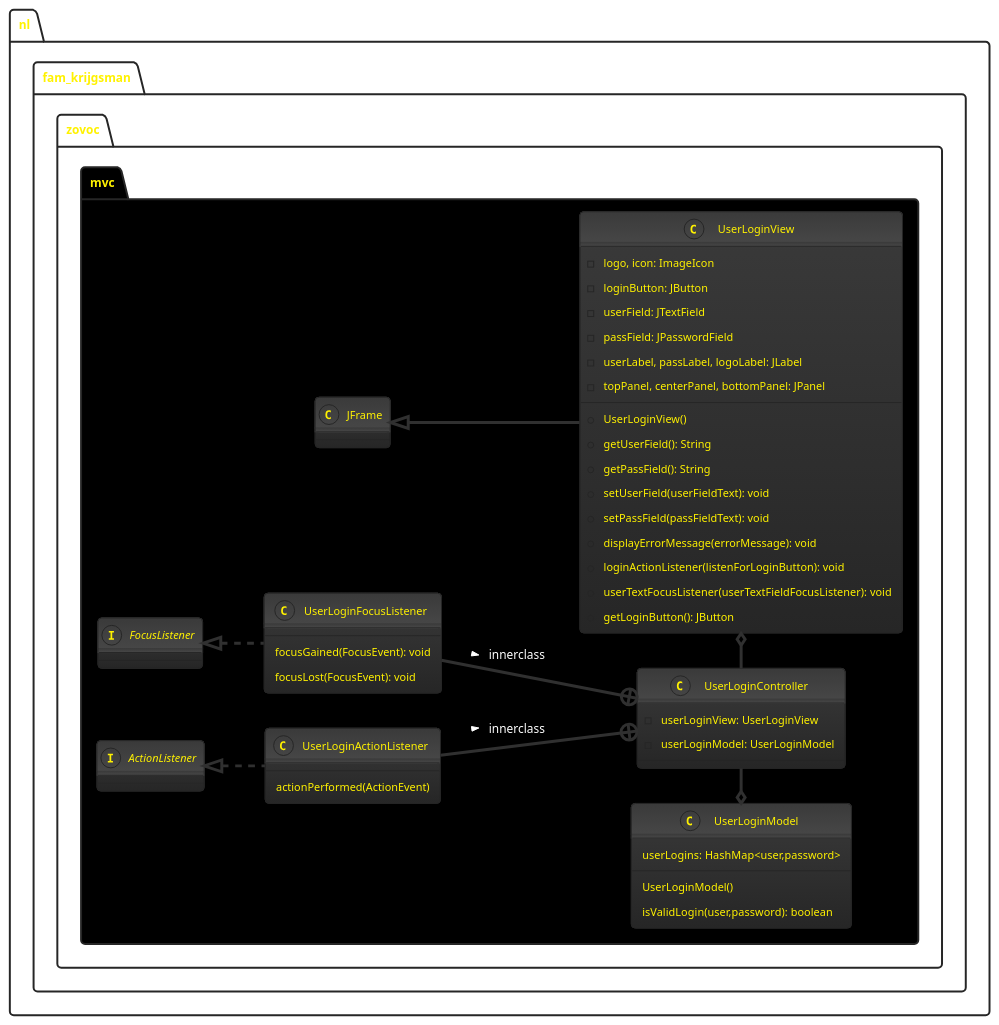
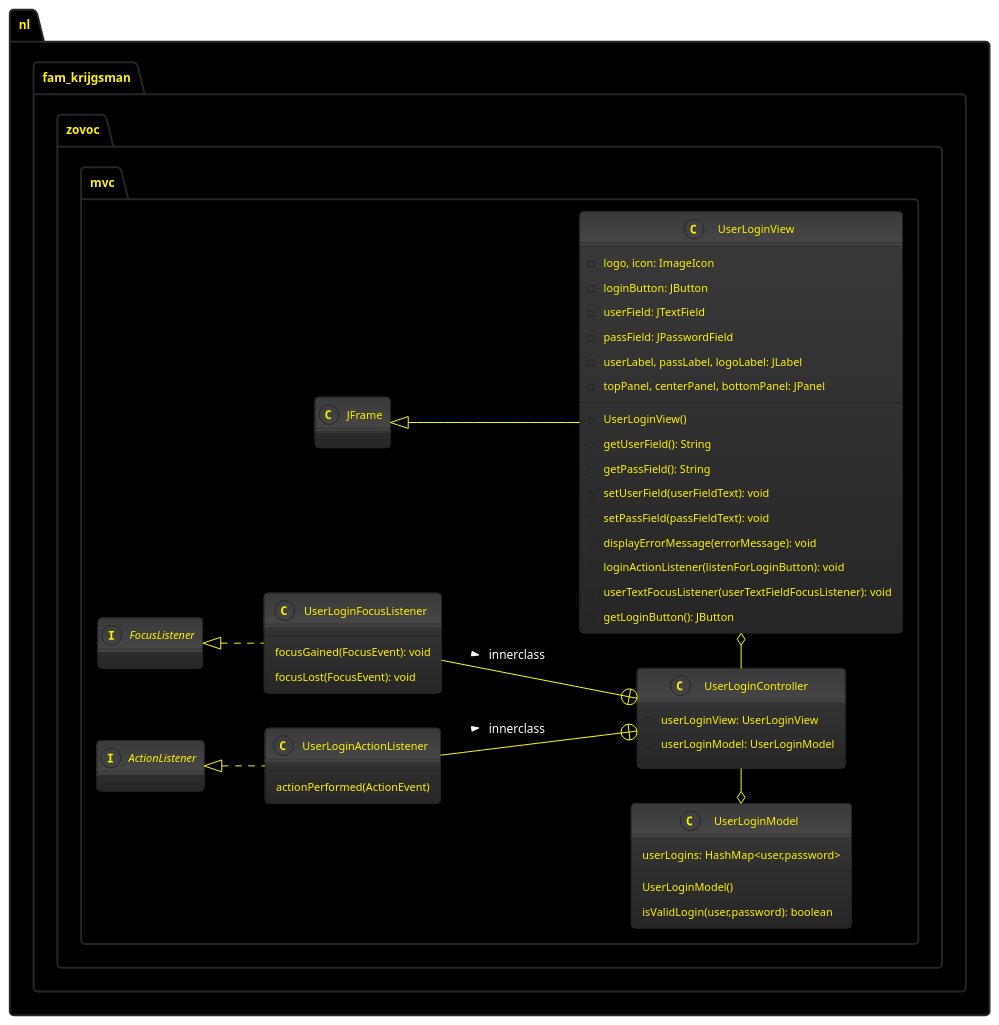
One commit to kaasszje/Zovoc-Leden-Beheer changed the diagram in Docs/mvc.UserLogin.puml. Above: the diagram before and after it, drawn with PlantUML. The commit also changed 4 other files, not shown here.

```diff
--- a/Docs/mvc.UserLogin.puml
+++ b/Docs/mvc.UserLogin.puml
@@ -1,52 +1,60 @@
 @startuml
 'https://plantuml.com/class-diagram
 left to right direction
 !theme black-knight
+skinparam class {
+    ArrowColor Yellow
+    ArrowThickness 1
+}
 
-package nl.fam_krijgsman.zovoc.mvc #000000{
+skinparam package {
+    BackgroundColor #000000
+}
+
+package nl.fam_krijgsman.zovoc.mvc {
 class UserLoginModel {
     userLogins: HashMap<user,password>
     UserLoginModel()
     isValidLogin(user,password): boolean
 }
 
 class UserLoginView extends JFrame {
     -logo, icon: ImageIcon
     -loginButton: JButton
     -userField: JTextField
     -passField: JPasswordField
     -userLabel, passLabel, logoLabel: JLabel
     -topPanel, centerPanel, bottomPanel: JPanel
     +UserLoginView()
     +getUserField(): String
     +getPassField(): String
     +setUserField(userFieldText): void
     +setPassField(passFieldText): void
     +displayErrorMessage(errorMessage): void
     +loginActionListener(listenForLoginButton): void
     +userTextFocusListener(userTextFieldFocusListener): void
     +getLoginButton(): JButton
 }
 
 class UserLoginController {
     -userLoginView: UserLoginView
     -userLoginModel: UserLoginModel
 }
 
 class UserLoginFocusListener implements FocusListener {
     focusGained(FocusEvent): void
     focusLost(FocusEvent): void
 }
 
 class UserLoginActionListener implements ActionListener {
     actionPerformed(ActionEvent)
 }
 
 UserLoginController -o UserLoginView
 UserLoginModel o- UserLoginController
 UserLoginActionListener --+ UserLoginController : innerclass >
 UserLoginFocusListener --+ UserLoginController : innerclass >
 
 }
 
 @enduml
```
